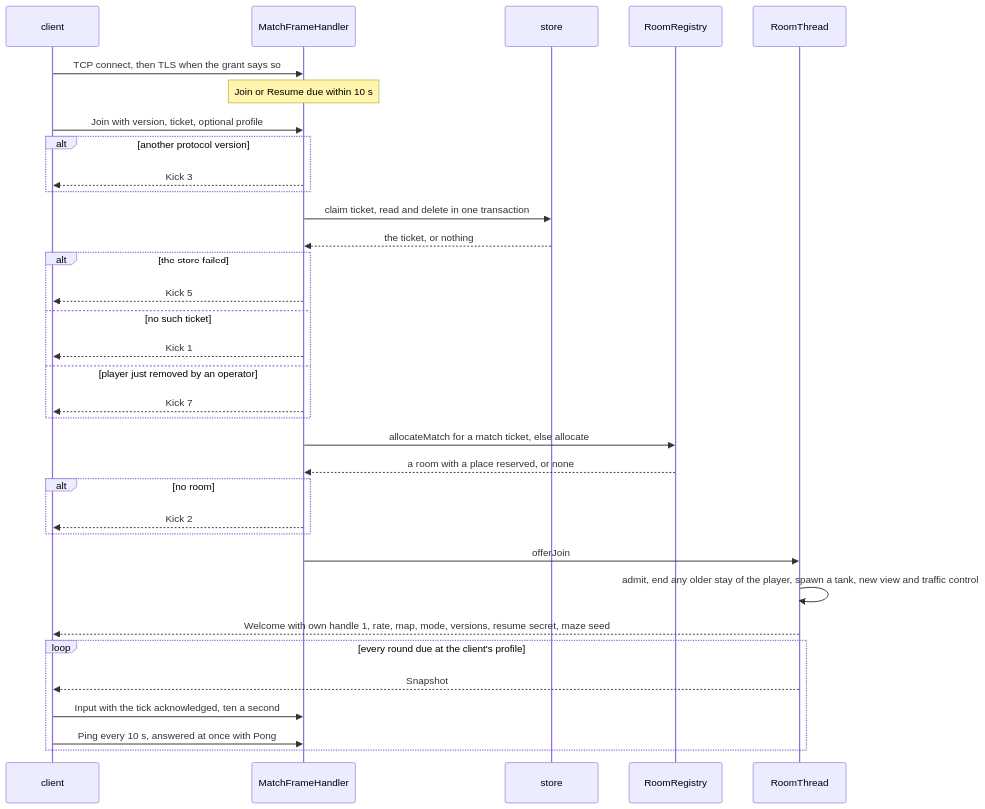
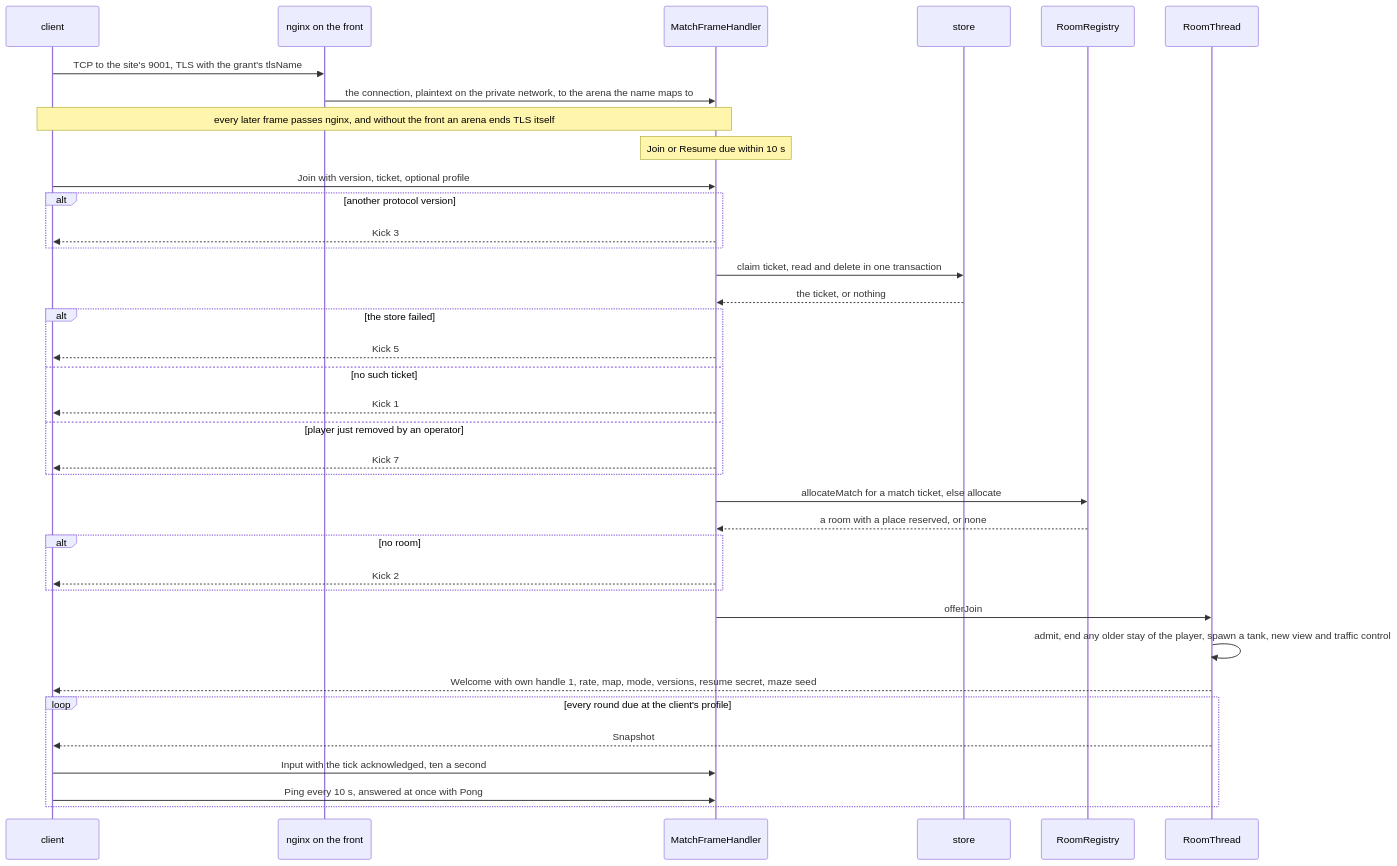
The third of 8 diagrams in docs/diagrams/02-arena-and-wire.md (greensoft-atom/depio-simulation-platform), drawn with Mermaid before and after one commit. The commit also changed other lines of this file and 64 other files, not shown here.

````diff
--- a/docs/diagrams/02-arena-and-wire.md
+++ b/docs/diagrams/02-arena-and-wire.md
@@ -80,36 +80,39 @@
 ```mermaid
 sequenceDiagram
     participant C as client
+    participant N as nginx on the front
     participant H as MatchFrameHandler
     participant S as store
     participant G as RoomRegistry
     participant R as RoomThread
-    C->>H: TCP connect, then TLS when the grant says so
+    C->>N: TCP to the site's 9001, TLS with the grant's tlsName
+    N->>H: the connection, plaintext on the private network, to the arena the name maps to
+    Note over C,H: every later frame passes nginx, and without the front an arena ends TLS itself
     Note over H: Join or Resume due within 10 s
     C->>H: Join with version, ticket, optional profile
     alt another protocol version
         H-->>C: Kick 3
     end
     H->>S: claim ticket, read and delete in one transaction
     S-->>H: the ticket, or nothing
     alt the store failed
         H-->>C: Kick 5
     else no such ticket
         H-->>C: Kick 1
     else player just removed by an operator
         H-->>C: Kick 7
     end
     H->>G: allocateMatch for a match ticket, else allocate
     G-->>H: a room with a place reserved, or none
     alt no room
         H-->>C: Kick 2
     end
     H->>R: offerJoin
     R->>R: admit, end any older stay of the player, spawn a tank, new view and traffic control
     R-->>C: Welcome with own handle 1, rate, map, mode, versions, resume secret, maze seed
     loop every round due at the client's profile
         R-->>C: Snapshot
         C->>H: Input with the tick acknowledged, ten a second
         C->>H: Ping every 10 s, answered at once with Pong
     end
 ```
````
